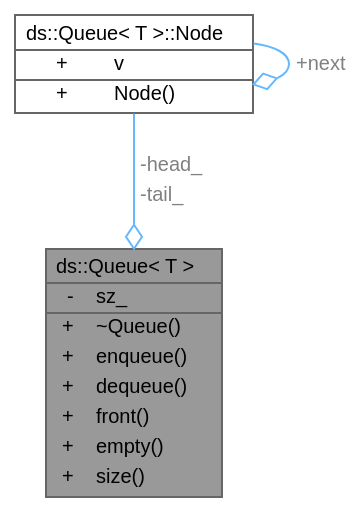
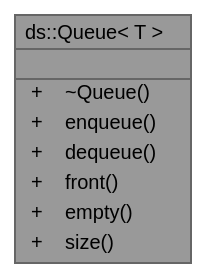
The diagram in docs/doxygenlibwin/rtf/classds_1_1_queue__coll__graph.dot (mustafayldrnn/cen207-2025-2026-5-Mustafa-Yildirimm-cpp), drawn with Graphviz before and after one commit. The commit also changed 1511 other files, not shown here.

```diff
--- a/docs/doxygenlibwin/rtf/classds_1_1_queue__coll__graph.dot
+++ b/docs/doxygenlibwin/rtf/classds_1_1_queue__coll__graph.dot
@@ -1,32 +1,20 @@
 digraph "ds::Queue&lt; T &gt;"
 {
  // INTERACTIVE_SVG=YES
  // LATEX_PDF_SIZE
   bgcolor="transparent";
   edge [fontname=Helvetica,fontsize=10,labelfontname=Helvetica,labelfontsize=10];
   node [fontname=Helvetica,fontsize=10,shape=box,height=0.2,width=0.4];
   Node1 [id="Node000001",shape=plain,label=<<TABLE CELLBORDER="0" BORDER="1"><TR><TD COLSPAN="2" CELLPADDING="1" CELLSPACING="0">ds::Queue&lt; T &gt;</TD></TR>
 <HR/>
-<TR><TD VALIGN="top" CELLPADDING="1" CELLSPACING="0">-</TD><TD VALIGN="top" ALIGN="LEFT" CELLPADDING="1" CELLSPACING="0">sz_<BR ALIGN="LEFT"/></TD></TR>
+<TR><TD COLSPAN="2" CELLPADDING="1" CELLSPACING="0">&nbsp;</TD></TR>
 <HR/>
 <TR><TD VALIGN="top" CELLPADDING="1" CELLSPACING="0">+</TD><TD VALIGN="top" ALIGN="LEFT" CELLPADDING="1" CELLSPACING="0">~Queue()<BR ALIGN="LEFT"/></TD></TR>
 <TR><TD VALIGN="top" CELLPADDING="1" CELLSPACING="0">+</TD><TD VALIGN="top" ALIGN="LEFT" CELLPADDING="1" CELLSPACING="0">enqueue()<BR ALIGN="LEFT"/></TD></TR>
 <TR><TD VALIGN="top" CELLPADDING="1" CELLSPACING="0">+</TD><TD VALIGN="top" ALIGN="LEFT" CELLPADDING="1" CELLSPACING="0">dequeue()<BR ALIGN="LEFT"/></TD></TR>
 <TR><TD VALIGN="top" CELLPADDING="1" CELLSPACING="0">+</TD><TD VALIGN="top" ALIGN="LEFT" CELLPADDING="1" CELLSPACING="0">front()<BR ALIGN="LEFT"/></TD></TR>
 <TR><TD VALIGN="top" CELLPADDING="1" CELLSPACING="0">+</TD><TD VALIGN="top" ALIGN="LEFT" CELLPADDING="1" CELLSPACING="0">empty()<BR ALIGN="LEFT"/></TD></TR>
 <TR><TD VALIGN="top" CELLPADDING="1" CELLSPACING="0">+</TD><TD VALIGN="top" ALIGN="LEFT" CELLPADDING="1" CELLSPACING="0">size()<BR ALIGN="LEFT"/></TD></TR>
 </TABLE>>
 ,height=0.2,width=0.4,color="gray40", fillcolor="grey60", style="filled", fontcolor="black",tooltip=" "];
-  Node2 -> Node1 [id="edge5_Node000001_Node000002",color="steelblue1",style="solid",tooltip=" ",label=<<TABLE CELLBORDER="0" BORDER="0"><TR><TD VALIGN="top" ALIGN="LEFT" CELLPADDING="1" CELLSPACING="0">-head_</TD></TR>
-<TR><TD VALIGN="top" ALIGN="LEFT" CELLPADDING="1" CELLSPACING="0">-tail_</TD></TR>
-</TABLE>> ,fontcolor="grey" ,arrowhead="odiamond"];
-  Node2 [id="Node000002",shape=plain,label=<<TABLE CELLBORDER="0" BORDER="1"><TR><TD COLSPAN="2" CELLPADDING="1" CELLSPACING="0">ds::Queue&lt; T &gt;::Node</TD></TR>
-<HR/>
-<TR><TD VALIGN="top" CELLPADDING="1" CELLSPACING="0">+</TD><TD VALIGN="top" ALIGN="LEFT" CELLPADDING="1" CELLSPACING="0">v<BR ALIGN="LEFT"/></TD></TR>
-<HR/>
-<TR><TD VALIGN="top" CELLPADDING="1" CELLSPACING="0">+</TD><TD VALIGN="top" ALIGN="LEFT" CELLPADDING="1" CELLSPACING="0">Node()<BR ALIGN="LEFT"/></TD></TR>
-</TABLE>>
-,height=0.2,width=0.4,color="gray40", fillcolor="white", style="filled",URL="$structds_1_1_queue_1_1_node.html",tooltip=" "];
-  Node2 -> Node2 [id="edge6_Node000002_Node000002",color="steelblue1",style="solid",tooltip=" ",label=<<TABLE CELLBORDER="0" BORDER="0"><TR><TD VALIGN="top" ALIGN="LEFT" CELLPADDING="1" CELLSPACING="0">+next</TD></TR>
-</TABLE>> ,fontcolor="grey" ,arrowhead="odiamond"];
 }
```
